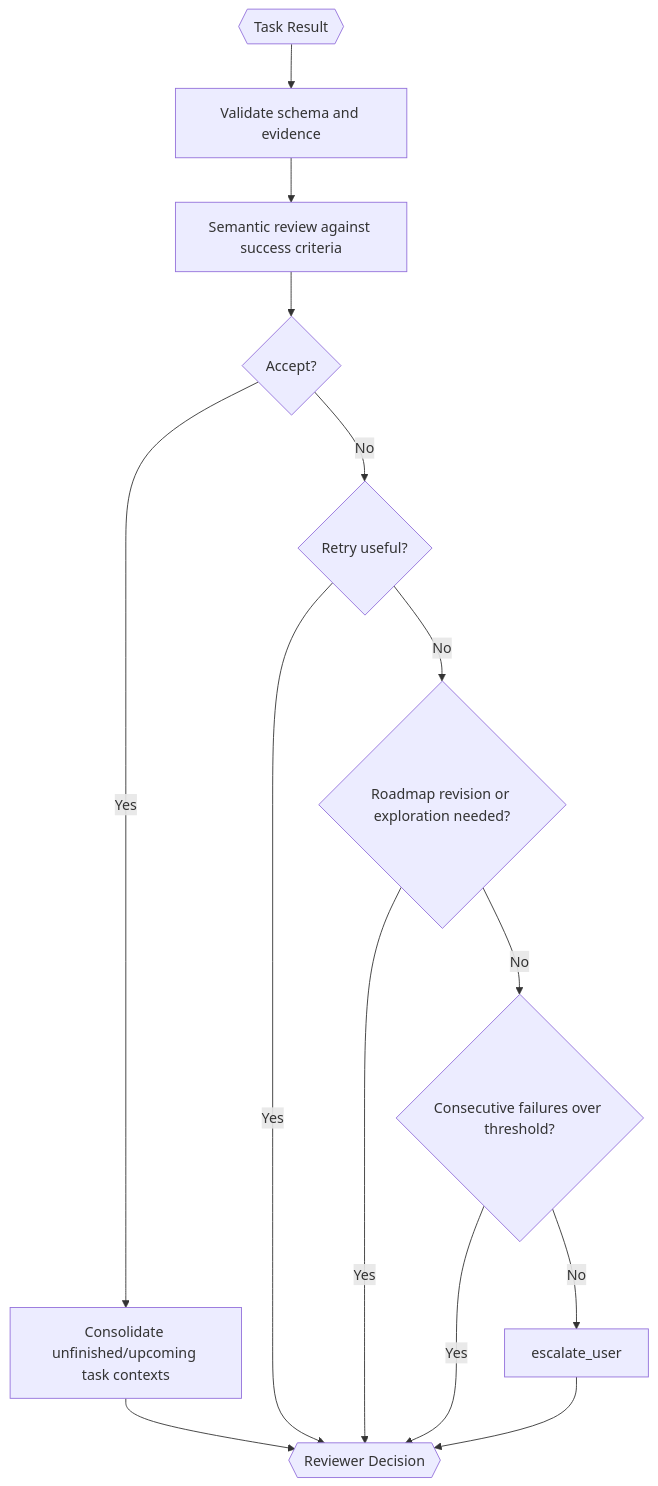
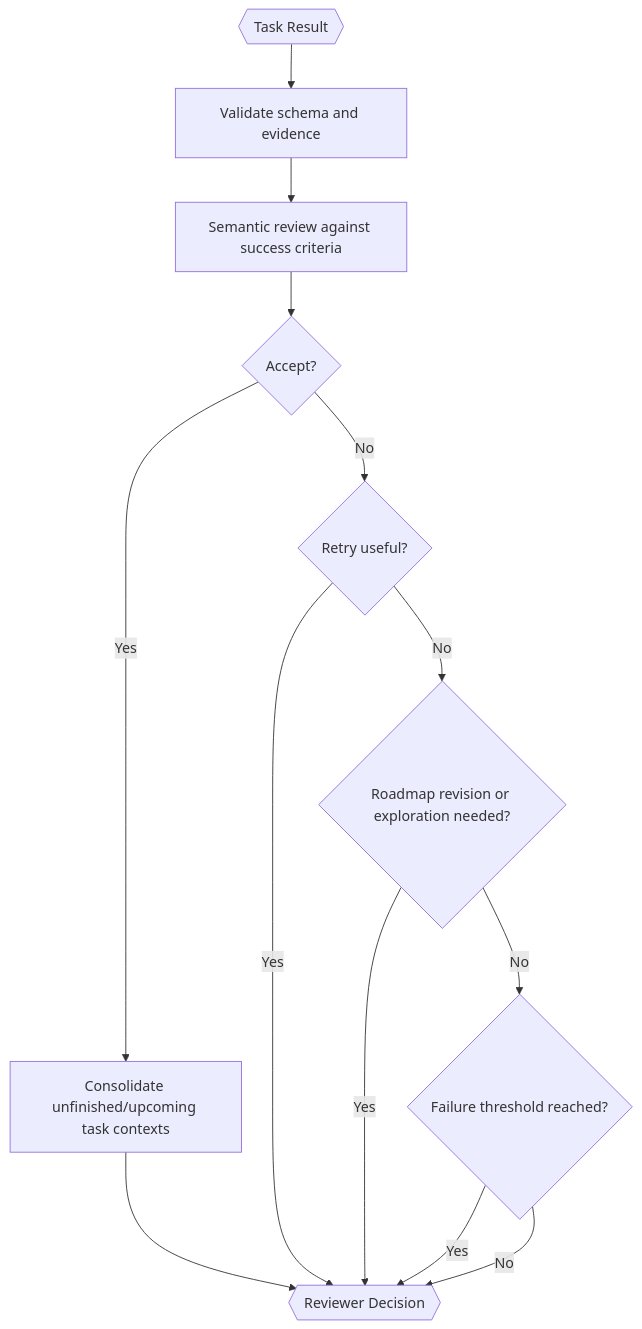
The diagram in src/tinycua/docs/architecture/result-reviewer.md (VJyzCELERY/TINYCUA), drawn with Mermaid before and after one commit. The commit also changed other lines of this file and 9 other files, not shown here.

First line of the commit message:
docs: sync architecture docs with design docs (source of truth)

````diff
--- a/src/tinycua/docs/architecture/result-reviewer.md
+++ b/src/tinycua/docs/architecture/result-reviewer.md
@@ -54,27 +54,25 @@
 ```mermaid
 flowchart TD
     INPUT{{"Task Result"}}
     CHECK["Validate schema and evidence"]
     REVIEW["Semantic review against success criteria"]
     ACCEPT{"Accept?"}
     PROP["Consolidate unfinished/upcoming task contexts"]
     RETRY{"Retry useful?"}
     REPLAN{"Roadmap revision or exploration needed?"}
-    FAILS{"Consecutive failures over threshold?"}
-    ESCALATE["escalate_user"]
+    FAILS{"Failure threshold reached?"}
     OUT{{"Reviewer Decision"}}
 
     INPUT --> CHECK
     CHECK --> REVIEW
     REVIEW --> ACCEPT
     ACCEPT -->|Yes| PROP
     PROP --> OUT
     ACCEPT -->|No| RETRY
     RETRY -->|Yes| OUT
     RETRY -->|No| REPLAN
     REPLAN -->|Yes| OUT
     REPLAN -->|No| FAILS
     FAILS -->|Yes| OUT
-    FAILS -->|No| ESCALATE
-    ESCALATE --> OUT
+    FAILS -->|No| OUT
 ```
````
